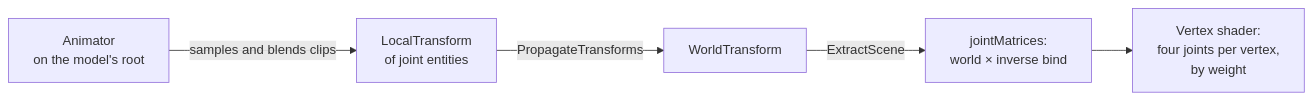
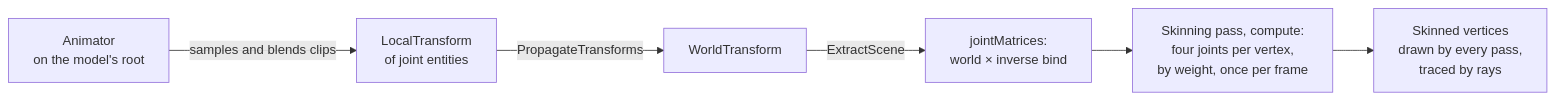
Before and after one commit to SBXdev3D/daidalos-engine-next: the fifth of 12 diagrams in docs/ARCHITECTURE.md, drawn with Mermaid. The commit also changed other lines of this file and 5 other files, not shown here.

````diff
--- a/docs/ARCHITECTURE.md
+++ b/docs/ARCHITECTURE.md
@@ -122,7 +122,8 @@
 ```mermaid
 flowchart LR
     A["Animator<br/>on the model's root"] -->|"samples and blends clips"| L["LocalTransform<br/>of joint entities"]
     L -->|"PropagateTransforms"| W["WorldTransform"]
     W -->|"ExtractScene"| J["jointMatrices:<br/>world × inverse bind"]
-    J --> V["Vertex shader:<br/>four joints per vertex,<br/>by weight"]
+    J --> V["Skinning pass, compute:<br/>four joints per vertex,<br/>by weight, once per frame"]
+    V --> D["Skinned vertices<br/>drawn by every pass,<br/>traced by rays"]
 ```
````
